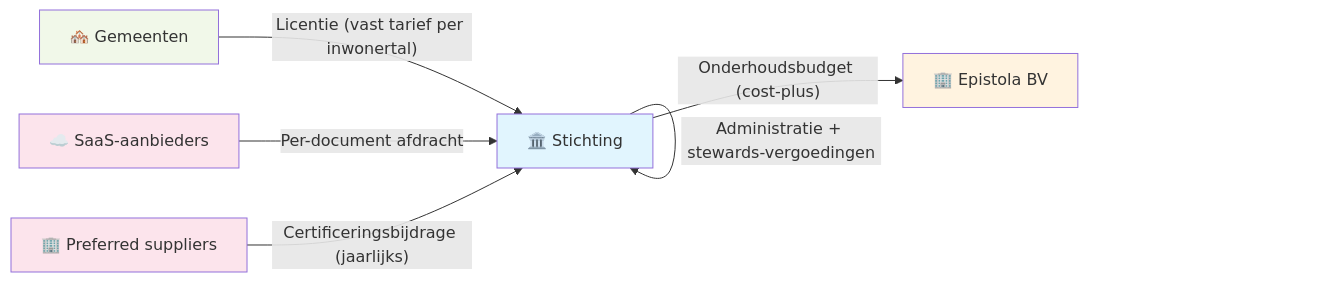
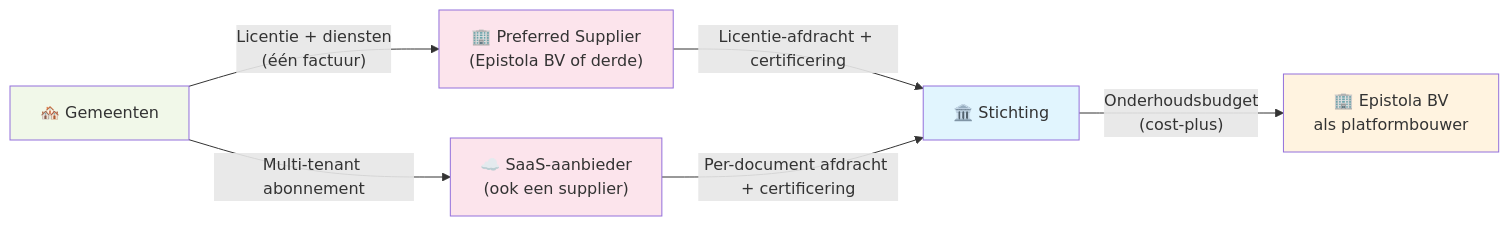
The diagram in src/content/docs/epistola/financiele-prognose.mdx (epistola-app/epistola-docs), drawn with Mermaid before and after one commit. The commit also changed other lines of this file, not shown here.

Commit message:
Clarify money flow on financial-prognose page
Three corrections to the explanatory text:

1. Drops the misleading 'factureert ze terug' phrasing — the BV is
   paid by the stichting for commissioned work, not 'billing back'.

2. Makes explicit that gemeenten do not pay the stichting directly.
   They contract with a preferred supplier (Epistola BV or a third
   party); the supplier passes the licence afdracht and annual
   certification fee on to the stichting, and keeps the licence
   margin plus the services revenue.

3. Notes that platform-onderhoud is not exclusively the BV's
   territory either — the stichting can also outsource (parts of)
   that work to other preferred suppliers. The simulator assumes all
   onderhoud goes to BV for simplicity, but the principle stands.

Updates the Mermaid diagram to reflect: gemeenten → preferred
supplier → stichting, with SaaS providers as a parallel supplier
type.

````diff
--- a/src/content/docs/epistola/financiele-prognose.mdx
+++ b/src/content/docs/epistola/financiele-prognose.mdx
@@ -21,20 +31,20 @@
 ```mermaid
 flowchart LR
     G["🏘️ Gemeenten"]
+    PS["🏢 Preferred Supplier<br/>(Epistola BV of derde)"]
+    SAAS["☁️ SaaS-aanbieder<br/>(ook een supplier)"]
     S["🏛️ Stichting"]
-    BV["🏢 Epistola BV"]
-    SAAS["☁️ SaaS-aanbieders"]
-    PS["🏢 Preferred suppliers"]
+    BV["🏢 Epistola BV<br/>als platformbouwer"]
 
-    G -->|"Licentie (vast tarief per inwonertal)"| S
-    SAAS -->|"Per-document afdracht"| S
-    PS -->|"Certificeringsbijdrage (jaarlijks)"| S
-    S -->|"Onderhoudsbudget (cost-plus)"| BV
-    S -->|"Administratie + stewards-vergoedingen"| S
+    G -->|"Licentie + diensten<br/>(één factuur)"| PS
+    G -->|"Multi-tenant abonnement"| SAAS
+    PS -->|"Licentie-afdracht + certificering"| S
+    SAAS -->|"Per-document afdracht + certificering"| S
+    S -->|"Onderhoudsbudget<br/>(cost-plus)"| BV
 
     style S fill:#e1f5fe
     style BV fill:#fff3e0
     style G fill:#f1f8e9
     style SAAS fill:#fce4ec
     style PS fill:#fce4ec
 ```
````
